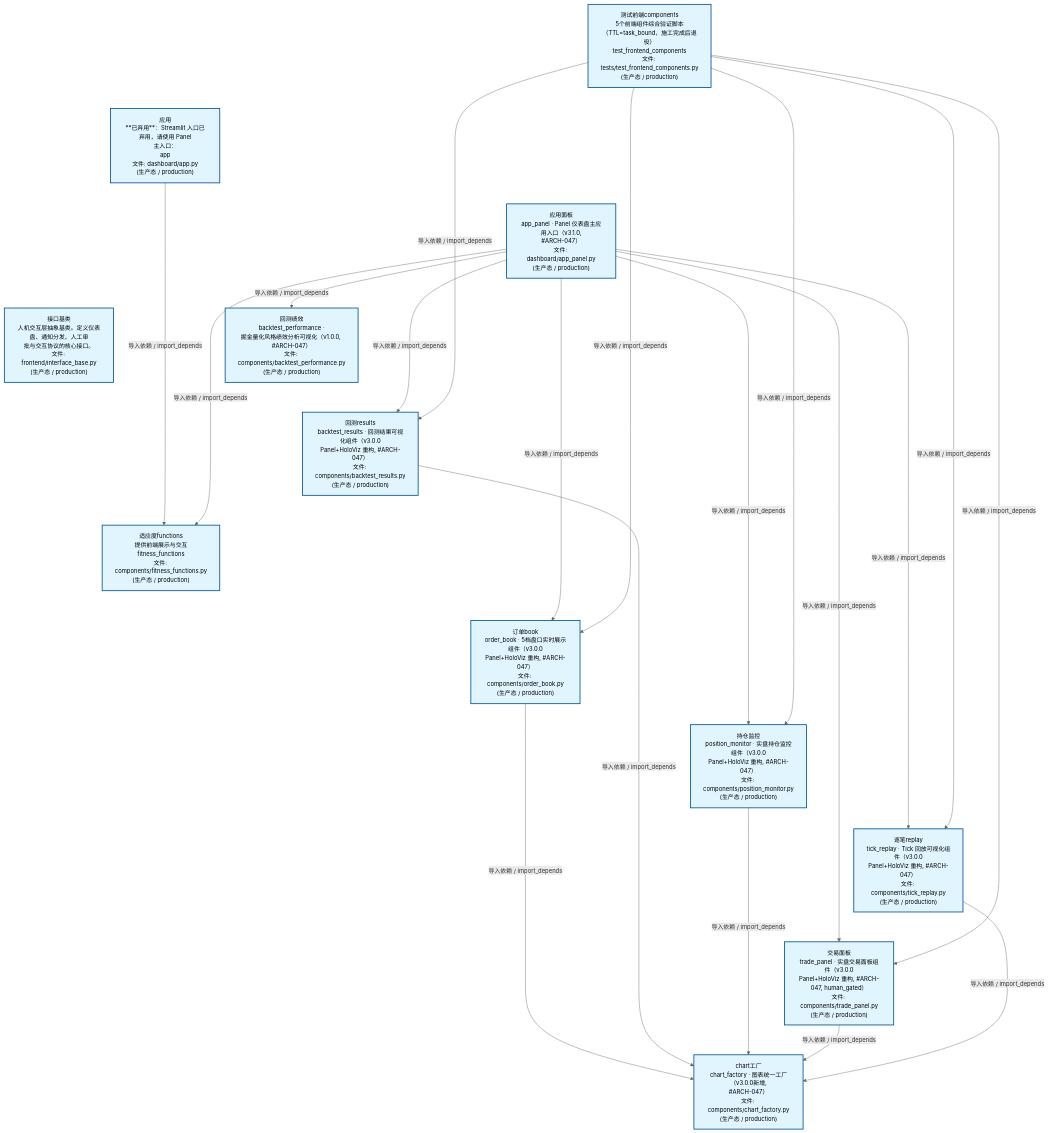
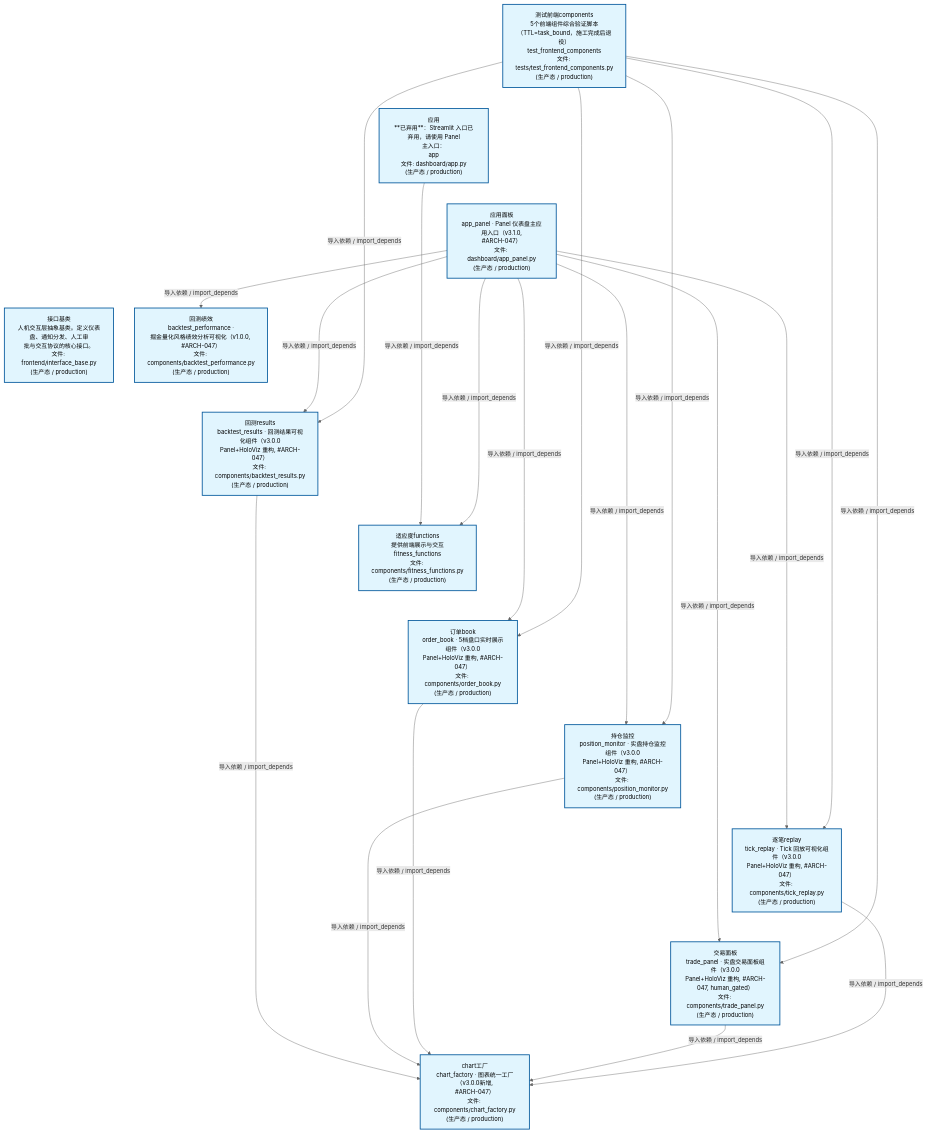
The second of 4 diagrams in docs/02_enterprise_architecture/02_domain_architecture_docs/47_d_frontend.md (xuanFelixVan/ZephyrAlpha), drawn with Mermaid before and after one commit. The commit also changed other lines of this file and 80 other files, not shown here.

````diff
--- a/docs/02_enterprise_architecture/02_domain_architecture_docs/47_d_frontend.md
+++ b/docs/02_enterprise_architecture/02_domain_architecture_docs/47_d_frontend.md
@@ -124,48 +124,48 @@
 ```mermaid
 %%{init: {'theme': 'base', 'themeVariables': {'primaryColor': '#eaeaea', 'primaryTextColor': '#333333', 'primaryBorderColor': '#666666', 'lineColor': '#666666', 'secondaryColor': '#eaeaea', 'tertiaryColor': '#eaeaea', 'fontSize': '14px'}}}%%
 flowchart TD
     scripts_tests_test_frontend_components_py["测试前端components<br/>5个前端组件综合验证脚本<br/>（TTL=task_bound，施工完成后退役）<br/>test_frontend_components<br/>文件: tests/test_frontend_components.py<br/>(生产态 / production)"]
     src_zephyr_frontend_dashboard_app_py["应用<br/>**已弃用**：Streamlit 入口已弃用，请使用 Panel<br/>主入口：<br/>app<br/>文件: dashboard/app.py<br/>(生产态 / production)"]
     src_zephyr_frontend_dashboard_app_panel_py["应用面板<br/>app_panel · Panel 仪表盘主应用入口（v3.1.0,<br/>#ARCH-047）<br/>文件: dashboard/app_panel.py<br/>(生产态 / production)"]
     src_zephyr_frontend_interface_base_py["接口基类<br/>人机交互层抽象基类。定义仪表盘、通知分发、人工审<br/>批与交互协议的核心接口。<br/>文件: frontend/interface_base.py<br/>(生产态 / production)"]
     scripts_tests_test_frontend_components_py ~~~ src_zephyr_frontend_dashboard_app_py
     src_zephyr_frontend_dashboard_app_py ~~~ src_zephyr_frontend_dashboard_app_panel_py
     src_zephyr_frontend_dashboard_app_panel_py ~~~ src_zephyr_frontend_interface_base_py
     src_zephyr_frontend_dashboard_components_backtest_performance_py["回测绩效<br/>backtest_performance ·<br/>掘金量化风格绩效分析可视化（v1.0.0, #ARCH-047）<br/>文件: components/backtest_performance.py<br/>(生产态 / production)"]
     src_zephyr_frontend_dashboard_components_backtest_results_py["回测results<br/>backtest_results · 回测结果可视化组件（v3.0.0<br/>Panel+HoloViz 重构, #ARCH-047）<br/>文件: components/backtest_results.py<br/>(生产态 / production)"]
     src_zephyr_frontend_dashboard_components_fitness_functions_py["适应度functions<br/>提供前端展示与交互<br/>fitness_functions<br/>文件: components/fitness_functions.py<br/>(生产态 / production)"]
     src_zephyr_frontend_dashboard_components_order_book_py["订单book<br/>order_book · 5档盘口实时展示组件（v3.0.0<br/>Panel+HoloViz 重构, #ARCH-047）<br/>文件: components/order_book.py<br/>(生产态 / production)"]
     src_zephyr_frontend_dashboard_components_position_monitor_py["持仓监控<br/>position_monitor · 实盘持仓监控组件（v3.0.0<br/>Panel+HoloViz 重构, #ARCH-047）<br/>文件: components/position_monitor.py<br/>(生产态 / production)"]
     src_zephyr_frontend_dashboard_components_tick_replay_py["逐笔replay<br/>tick_replay · Tick 回放可视化组件（v3.0.0<br/>Panel+HoloViz 重构, #ARCH-047）<br/>文件: components/tick_replay.py<br/>(生产态 / production)"]
     src_zephyr_frontend_dashboard_components_trade_panel_py["交易面板<br/>trade_panel · 实盘交易面板组件（v3.0.0<br/>Panel+HoloViz 重构, #ARCH-047, human_gated）<br/>文件: components/trade_panel.py<br/>(生产态 / production)"]
     src_zephyr_frontend_dashboard_components_backtest_performance_py ~~~ src_zephyr_frontend_dashboard_components_backtest_results_py
     src_zephyr_frontend_dashboard_components_backtest_results_py ~~~ src_zephyr_frontend_dashboard_components_fitness_functions_py
     src_zephyr_frontend_dashboard_components_fitness_functions_py ~~~ src_zephyr_frontend_dashboard_components_order_book_py
     src_zephyr_frontend_dashboard_components_order_book_py ~~~ src_zephyr_frontend_dashboard_components_position_monitor_py
     src_zephyr_frontend_dashboard_components_position_monitor_py ~~~ src_zephyr_frontend_dashboard_components_tick_replay_py
     src_zephyr_frontend_dashboard_components_tick_replay_py ~~~ src_zephyr_frontend_dashboard_components_trade_panel_py
     src_zephyr_frontend_dashboard_components_chart_factory_py["chart工厂<br/>chart_factory · 图表统一工厂（v3.0.0新增,<br/>#ARCH-047）<br/>文件: components/chart_factory.py<br/>(生产态 / production)"]
+    src_zephyr_frontend_dashboard_components_backtest_results_py -->|导入依赖 / import_depends| src_zephyr_frontend_dashboard_components_chart_factory_py
     src_zephyr_frontend_dashboard_app_py -->|导入依赖 / import_depends| src_zephyr_frontend_dashboard_components_fitness_functions_py
+    src_zephyr_frontend_dashboard_app_panel_py -->|导入依赖 / import_depends| src_zephyr_frontend_dashboard_components_backtest_results_py
     src_zephyr_frontend_dashboard_app_panel_py -->|导入依赖 / import_depends| src_zephyr_frontend_dashboard_components_fitness_functions_py
     src_zephyr_frontend_dashboard_app_panel_py -->|导入依赖 / import_depends| src_zephyr_frontend_dashboard_components_backtest_performance_py
+    src_zephyr_frontend_dashboard_app_panel_py -->|导入依赖 / import_depends| src_zephyr_frontend_dashboard_components_position_monitor_py
     src_zephyr_frontend_dashboard_app_panel_py -->|导入依赖 / import_depends| src_zephyr_frontend_dashboard_components_order_book_py
-    src_zephyr_frontend_dashboard_app_panel_py -->|导入依赖 / import_depends| src_zephyr_frontend_dashboard_components_backtest_results_py
-    src_zephyr_frontend_dashboard_app_panel_py -->|导入依赖 / import_depends| src_zephyr_frontend_dashboard_components_position_monitor_py
     src_zephyr_frontend_dashboard_app_panel_py -->|导入依赖 / import_depends| src_zephyr_frontend_dashboard_components_trade_panel_py
     src_zephyr_frontend_dashboard_app_panel_py -->|导入依赖 / import_depends| src_zephyr_frontend_dashboard_components_tick_replay_py
+    src_zephyr_frontend_dashboard_components_position_monitor_py -->|导入依赖 / import_depends| src_zephyr_frontend_dashboard_components_chart_factory_py
     src_zephyr_frontend_dashboard_components_order_book_py -->|导入依赖 / import_depends| src_zephyr_frontend_dashboard_components_chart_factory_py
-    src_zephyr_frontend_dashboard_components_backtest_results_py -->|导入依赖 / import_depends| src_zephyr_frontend_dashboard_components_chart_factory_py
-    src_zephyr_frontend_dashboard_components_position_monitor_py -->|导入依赖 / import_depends| src_zephyr_frontend_dashboard_components_chart_factory_py
     src_zephyr_frontend_dashboard_components_trade_panel_py -->|导入依赖 / import_depends| src_zephyr_frontend_dashboard_components_chart_factory_py
     src_zephyr_frontend_dashboard_components_tick_replay_py -->|导入依赖 / import_depends| src_zephyr_frontend_dashboard_components_chart_factory_py
-    scripts_tests_test_frontend_components_py -->|导入依赖 / import_depends| src_zephyr_frontend_dashboard_components_order_book_py
     scripts_tests_test_frontend_components_py -->|导入依赖 / import_depends| src_zephyr_frontend_dashboard_components_backtest_results_py
     scripts_tests_test_frontend_components_py -->|导入依赖 / import_depends| src_zephyr_frontend_dashboard_components_position_monitor_py
+    scripts_tests_test_frontend_components_py -->|导入依赖 / import_depends| src_zephyr_frontend_dashboard_components_order_book_py
     scripts_tests_test_frontend_components_py -->|导入依赖 / import_depends| src_zephyr_frontend_dashboard_components_trade_panel_py
     scripts_tests_test_frontend_components_py -->|导入依赖 / import_depends| src_zephyr_frontend_dashboard_components_tick_replay_py
     classDef production fill:#e1f5fe,stroke:#01579b,stroke-width:2px,color:#000
     classDef design fill:#fff3e0,stroke:#e65100,stroke-width:2px,color:#000,stroke-dasharray: 5 5
     classDef external_prod fill:#e8f4fd,stroke:#0277bd,stroke-width:1px,color:#000
     classDef external_design fill:#fff8e7,stroke:#ef6c00,stroke-width:1px,color:#000,stroke-dasharray: 5 5
     class scripts_tests_test_frontend_components_py,src_zephyr_frontend_dashboard_app_py,src_zephyr_frontend_dashboard_app_panel_py,src_zephyr_frontend_dashboard_components_backtest_performance_py,src_zephyr_frontend_dashboard_components_backtest_results_py,src_zephyr_frontend_dashboard_components_chart_factory_py,src_zephyr_frontend_dashboard_components_fitness_functions_py,src_zephyr_frontend_dashboard_components_order_book_py,src_zephyr_frontend_dashboard_components_position_monitor_py,src_zephyr_frontend_dashboard_components_tick_replay_py,src_zephyr_frontend_dashboard_components_trade_panel_py,src_zephyr_frontend_interface_base_py production
 ```
````
